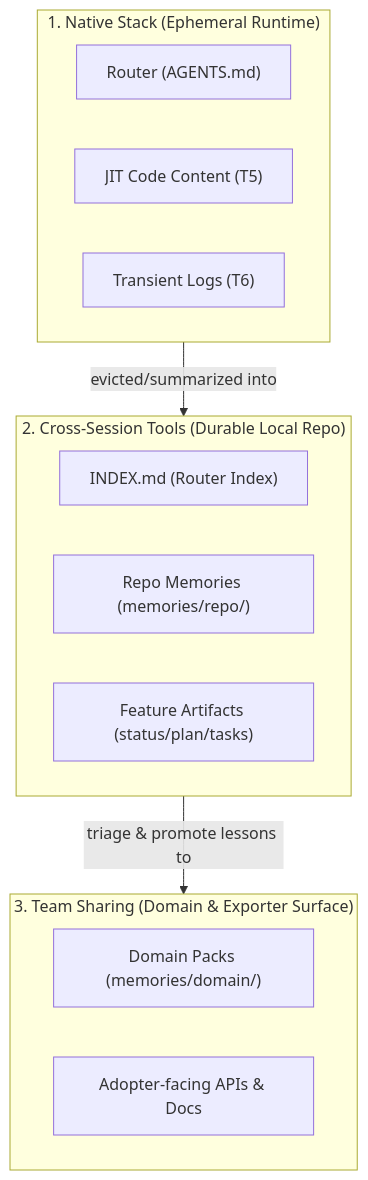
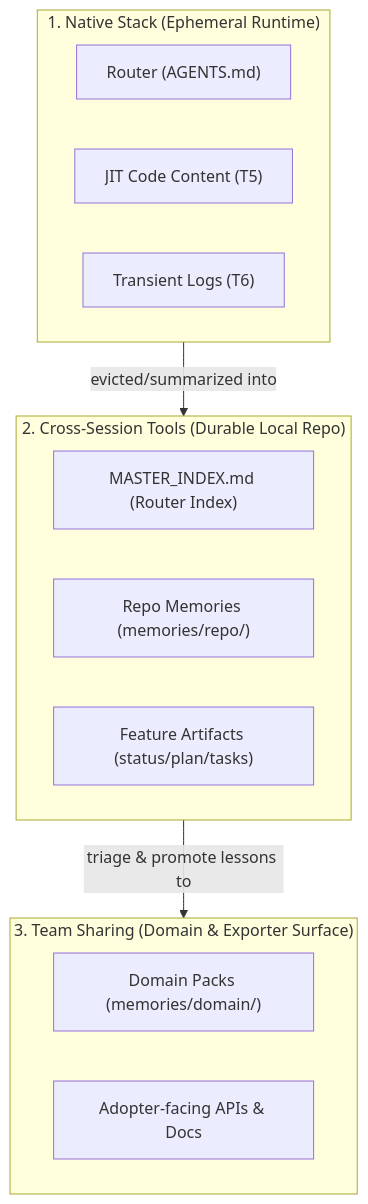
One commit to thaihai-swe/CoreZero-Nexus changed the first of 4 diagrams in documents/context-engineering.md. Above: the diagram before and after it, drawn with Mermaid. The commit also changed other lines of this file and 51 other files, not shown here.

````diff
--- a/documents/context-engineering.md
+++ b/documents/context-engineering.md
@@ -23,24 +23,24 @@
 ```mermaid
 flowchart TD
     %% Three-Track Memory Model
     
     subgraph Track1["1. Native Stack (Ephemeral Runtime)"]
         NS1["Router (AGENTS.md)"]
         NS2["JIT Code Content (T5)"]
         NS3["Transient Logs (T6)"]
     end
 
     subgraph Track2["2. Cross-Session Tools (Durable Local Repo)"]
-        CS1["INDEX.md (Router Index)"]
+        CS1["MASTER_INDEX.md (Router Index)"]
         CS2["Repo Memories (memories/repo/)"]
         CS3["Feature Artifacts (status/plan/tasks)"]
     end
 
     subgraph Track3["3. Team Sharing (Domain & Exporter Surface)"]
         TS1["Domain Packs (memories/domain/)"]
         TS2["Adopter-facing APIs & Docs"]
     end
 
     Track1 -->|evicted/summarized into| Track2
     Track2 -->|triage & promote lessons to| Track3
 ```
````
